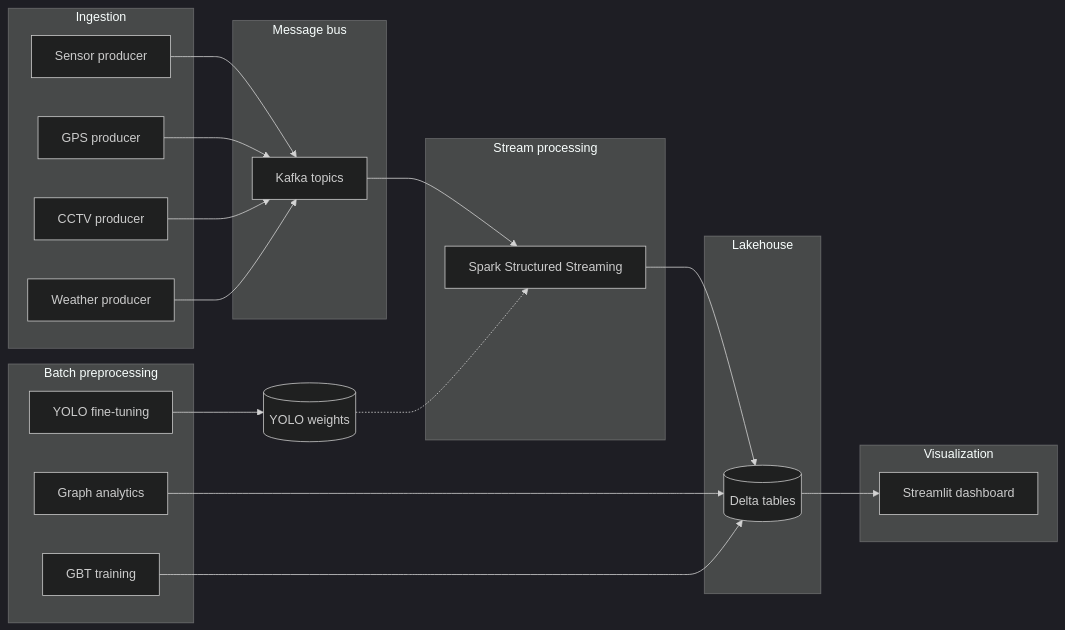
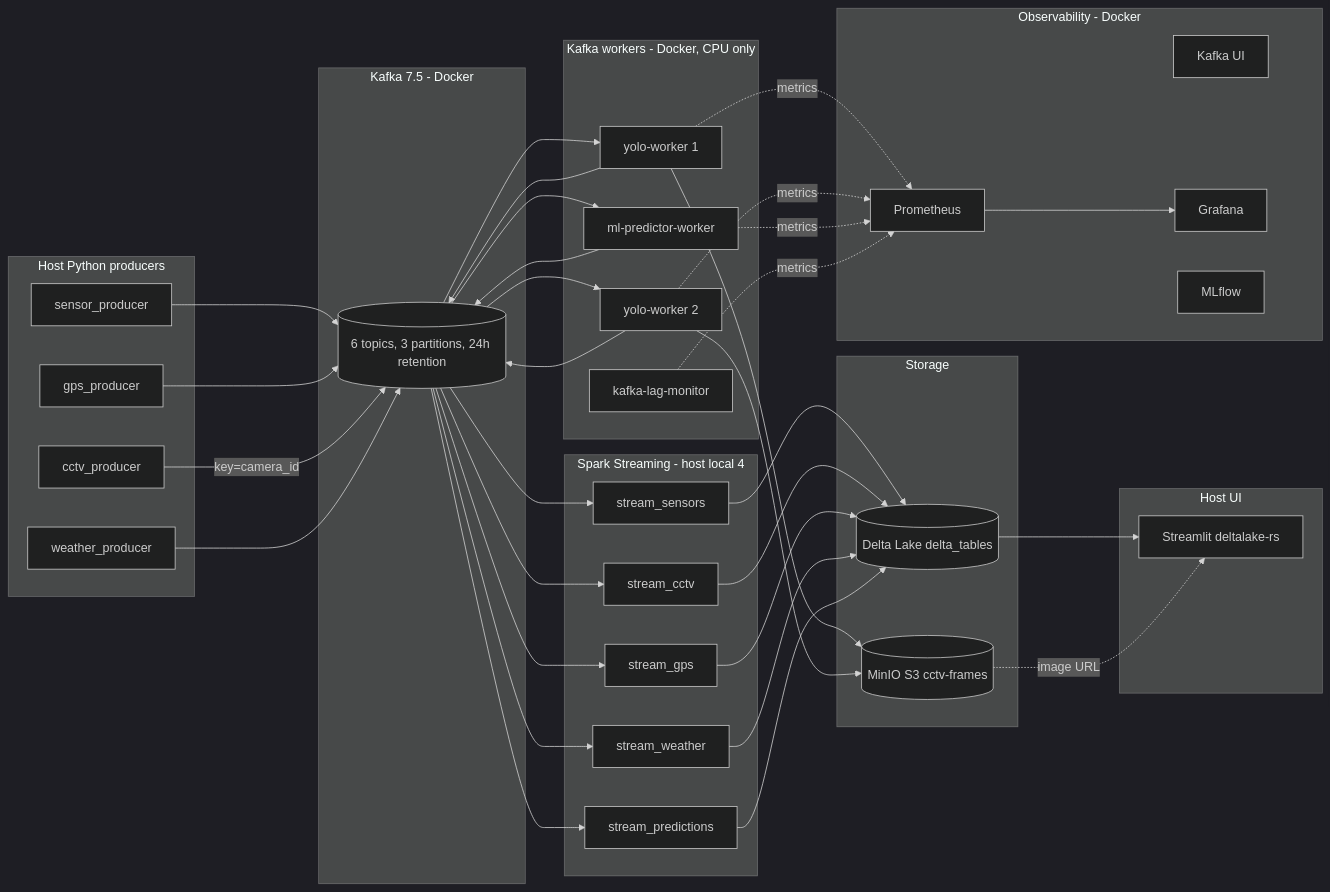
The diagram in README.md (chirag-7/Smart-Traffic-Urban-Traffic-Intelligence), drawn with Mermaid (dark theme) before and after one commit. The commit also changed other lines of this file and 36 other files, not shown here.

````diff
--- a/README.md
+++ b/README.md
@@ -99,43 +53,78 @@
 ```mermaid
 flowchart LR
-  subgraph ingest [Ingestion]
-    P1[Sensor producer]
-    P2[GPS producer]
-    P3[CCTV producer]
-    P4[Weather producer]
+  subgraph hostProducers [Host Python producers]
+    P1[sensor_producer]
+    P2[gps_producer]
+    P3[cctv_producer]
+    P4[weather_producer]
   end
 
-  subgraph bus [Message bus]
-    K[Kafka topics]
+  subgraph dockerBus [Kafka 7.5 - Docker]
+    K[("6 topics, 3 partitions, 24h retention")]
   end
 
-  subgraph stream [Stream processing]
-    SP[Spark Structured Streaming]
+  subgraph dockerWorkers [Kafka workers - Docker, CPU only]
+    YW1[yolo-worker 1]
+    YW2[yolo-worker 2]
+    MW[ml-predictor-worker]
+    LM[kafka-lag-monitor]
   end
 
-  subgraph lake [Lakehouse]
-    D[(Delta tables)]
+  subgraph storage [Storage]
+    MIO[("MinIO S3 cctv-frames")]
+    DELTA[("Delta Lake delta_tables")]
   end
 
-  subgraph batch [Batch preprocessing]
-    GA[Graph analytics]
-    ML[GBT training]
-    YO[YOLO fine-tuning]
+  subgraph hostStream [Spark Streaming - host local 4]
+    S1[stream_sensors]
+    S2[stream_cctv]
+    S3[stream_gps]
+    S4[stream_weather]
+    S5[stream_predictions]
   end
 
-  subgraph viz [Visualization]
-    UI[Streamlit dashboard]
+  subgraph hostUI [Host UI]
+    UI["Streamlit deltalake-rs"]
+  end
+
+  subgraph obs [Observability - Docker]
+    KU[Kafka UI]
+    PROM[Prometheus]
+    GRAF[Grafana]
+    MLF[MLflow]
   end
 
   P1 --> K
   P2 --> K
-  P3 --> K
+  P3 -->|key=camera_id| K
   P4 --> K
-  K --> SP
-  SP --> D
-  GA --> D
-  ML --> D
-  YO --> Models[(YOLO weights)]
-  Models -.-> SP
-  D --> UI
+
+  K --> YW1
+  K --> YW2
+  K --> MW
+  YW1 --> MIO
+  YW2 --> MIO
+  YW1 --> K
+  YW2 --> K
+  MW --> K
+
+  K --> S1
+  K --> S2
+  K --> S3
+  K --> S4
+  K --> S5
+  S1 --> DELTA
+  S2 --> DELTA
+  S3 --> DELTA
+  S4 --> DELTA
+  S5 --> DELTA
+
+  DELTA --> UI
+  MIO -.image URL.-> UI
+
+  YW1 -.metrics.-> PROM
+  YW2 -.metrics.-> PROM
+  MW -.metrics.-> PROM
+  LM -.metrics.-> PROM
+  PROM --> GRAF
 ```
````
